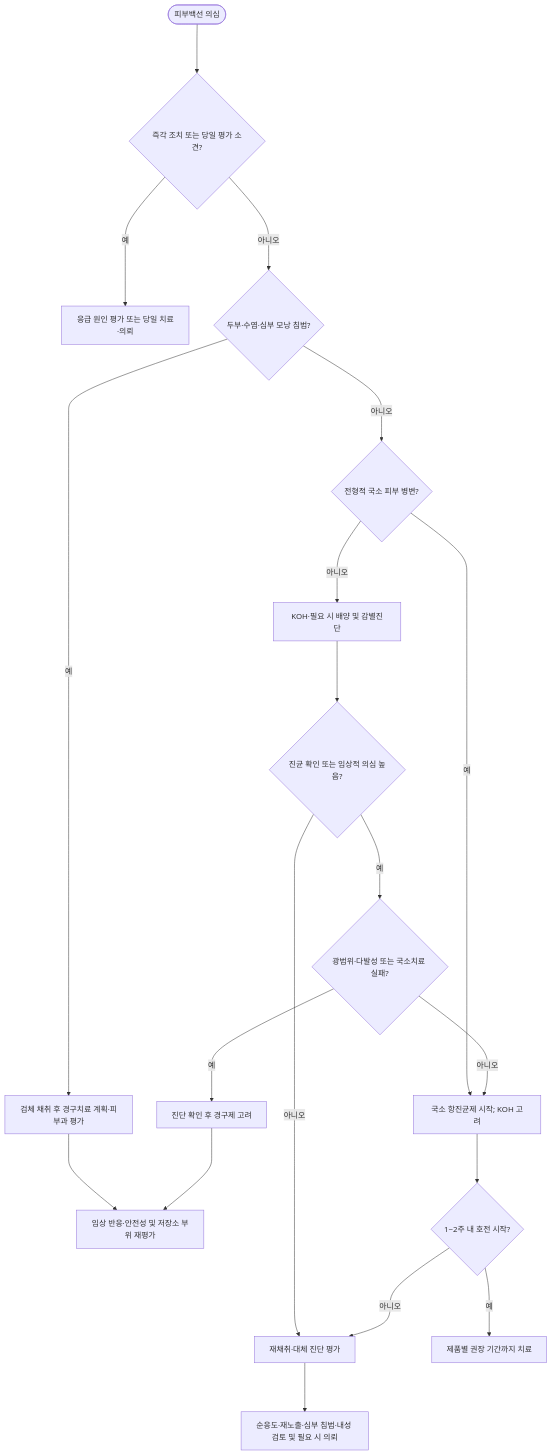
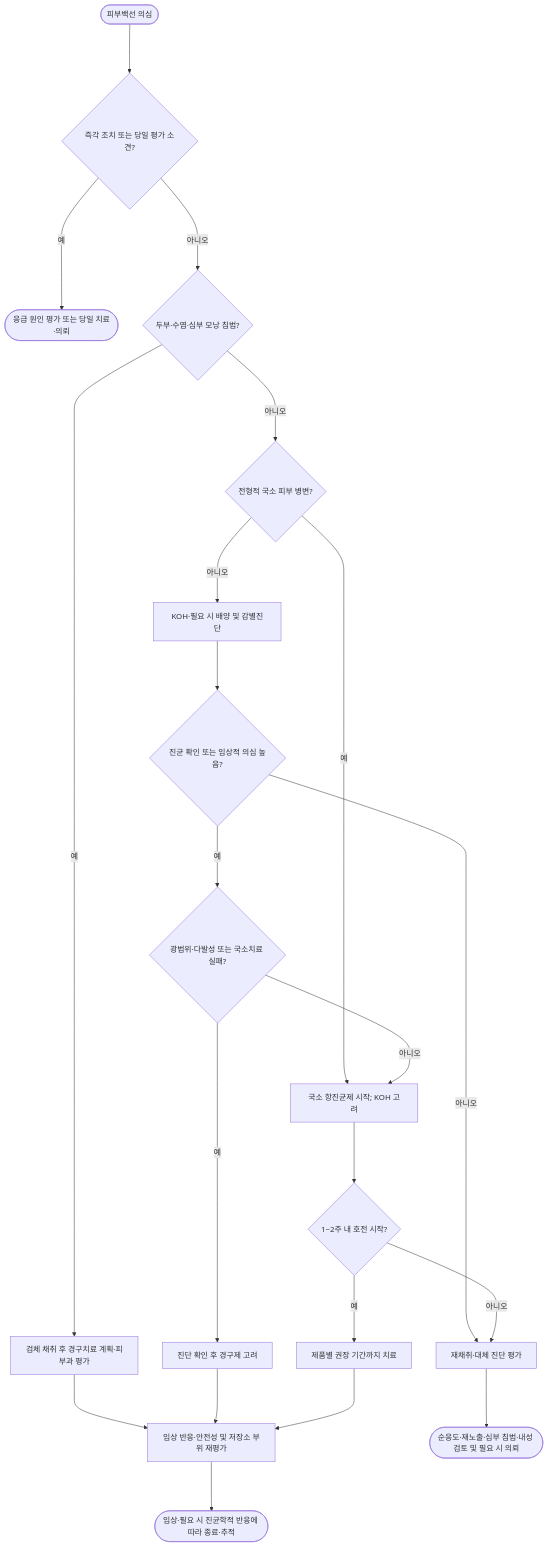
One commit to familyoh77/familyoh77 changed the diagram in 229_/172_-dermatophytosis-tinea.md. Above: the diagram before and after it, drawn with Mermaid. The commit also changed other lines of this file and 20 other files, not shown here.

````diff
--- a/229_/172_-dermatophytosis-tinea.md
+++ b/229_/172_-dermatophytosis-tinea.md
@@ -153,21 +153,23 @@
 ```mermaid
 graph TD
     A(["피부백선 의심"]) ---> B{"즉각 조치 또는 당일 평가 소견?"}
-    B -- 예 ---> C["응급 원인 평가 또는 당일 치료·의뢰"]
+    B -- 예 ---> C(["응급 원인 평가 또는 당일 치료·의뢰"])
     B -- 아니오 ---> D{"두부·수염·심부 모낭 침범?"}
     D -- 예 ---> E["검체 채취 후 경구치료 계획·피부과 평가"]
     D -- 아니오 ---> F{"전형적 국소 피부 병변?"}
     F -- 예 ---> G["국소 항진균제 시작; KOH 고려"]
     F -- 아니오 ---> H["KOH·필요 시 배양 및 감별진단"]
     H ---> I{"진균 확인 또는 임상적 의심 높음?"}
     I -- 아니오 ---> J["재채취·대체 진단 평가"]
     I -- 예 ---> K{"광범위·다발성 또는 국소치료 실패?"}
     K -- 예 ---> L["진단 확인 후 경구제 고려"]
     K -- 아니오 ---> G
     E ---> M["임상 반응·안전성 및 저장소 부위 재평가"]
     L ---> M
     G ---> N{"1~2주 내 호전 시작?"}
     N -- 예 ---> O["제품별 권장 기간까지 치료"]
     N -- 아니오 ---> J
-    J ---> P["순응도·재노출·심부 침범·내성 검토 및 필요 시 의뢰"]
+    O ---> M
+    M ---> Q(["임상·필요 시 진균학적 반응에 따라 종료·추적"])
+    J ---> P(["순응도·재노출·심부 침범·내성 검토 및 필요 시 의뢰"])
 ```
````
